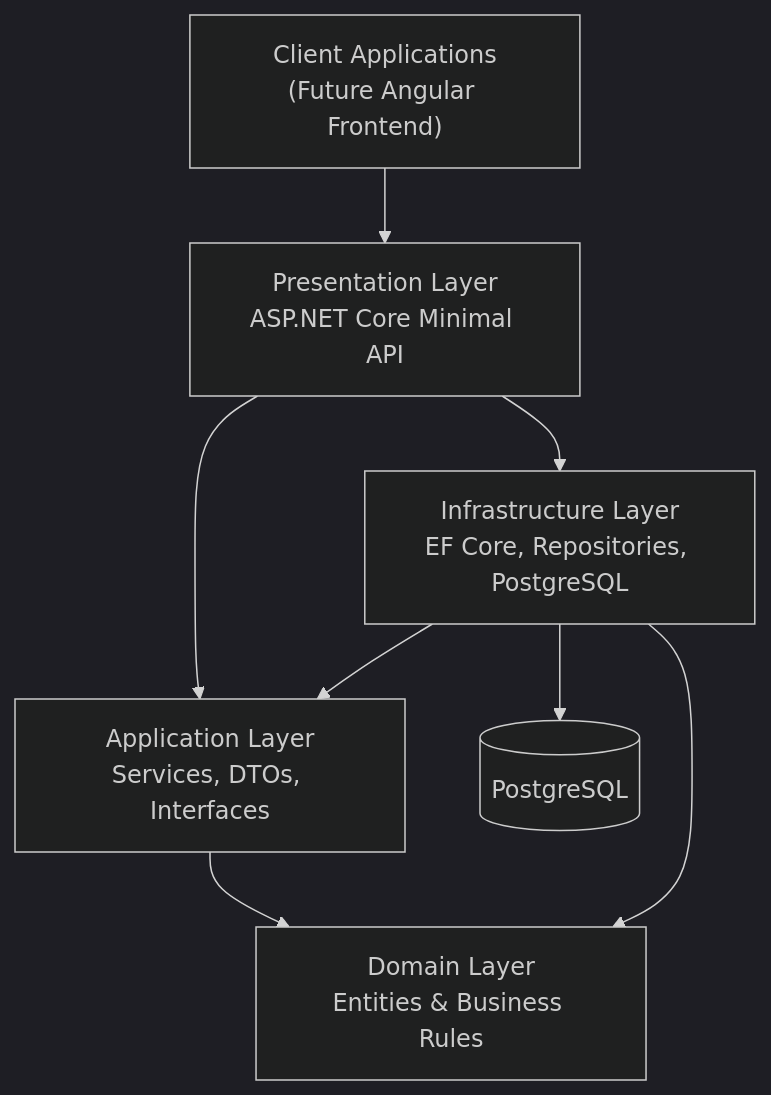
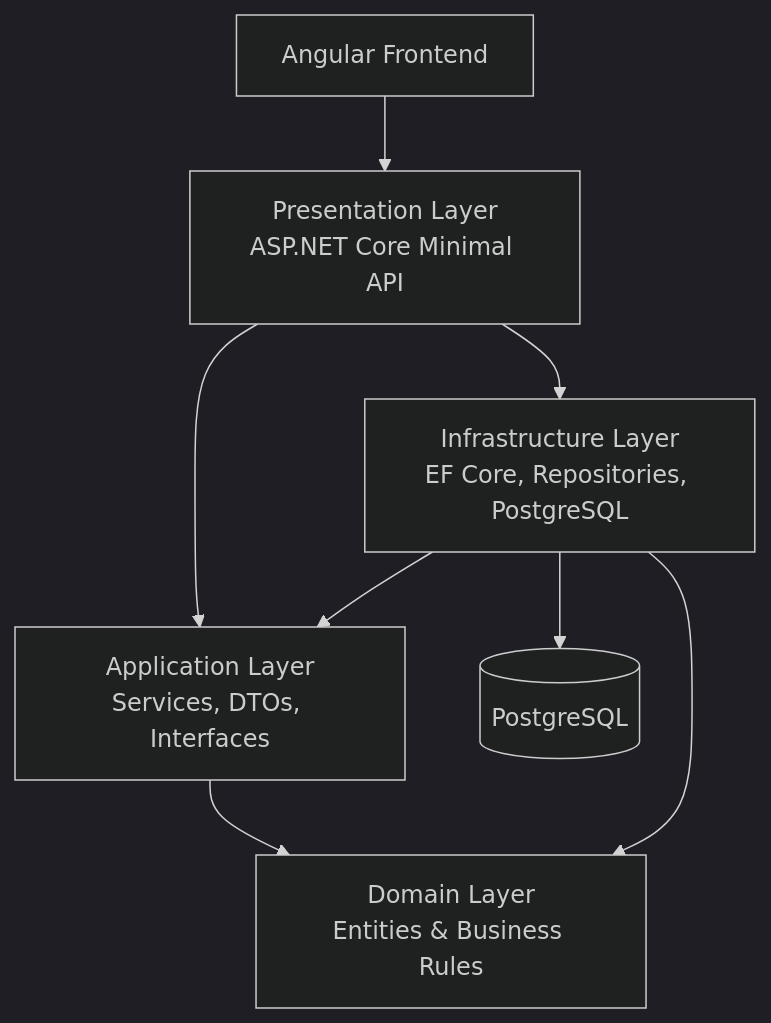
Before and after one commit to handyana05/expenses-tracker: the diagram in README.md, drawn with Mermaid (dark theme). The commit also changed other lines of this file and 3 other files, not shown here.

````diff
--- a/README.md
+++ b/README.md
@@ -123,23 +136,23 @@
 ```mermaid
 flowchart TD
 
-    Client["Client Applications<br/>(Future Angular Frontend)"]
+    Client["Angular Frontend"]
 
     API["Presentation Layer<br/>ASP.NET Core Minimal API"]
 
     APP["Application Layer<br/>Services, DTOs, Interfaces"]
 
     DOMAIN["Domain Layer<br/>Entities & Business Rules"]
 
     INFRA["Infrastructure Layer<br/>EF Core, Repositories, PostgreSQL"]
 
     DB[(PostgreSQL)]
 
     Client --> API
     API --> APP
     API --> INFRA
     APP --> DOMAIN
     INFRA --> APP
     INFRA --> DOMAIN
     INFRA --> DB
 ```
````
